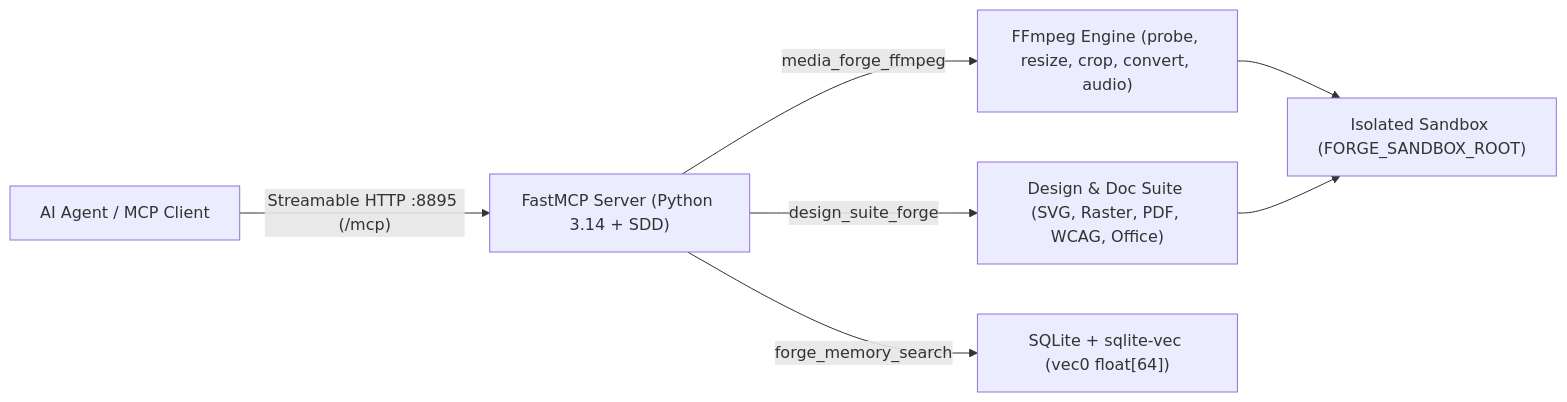
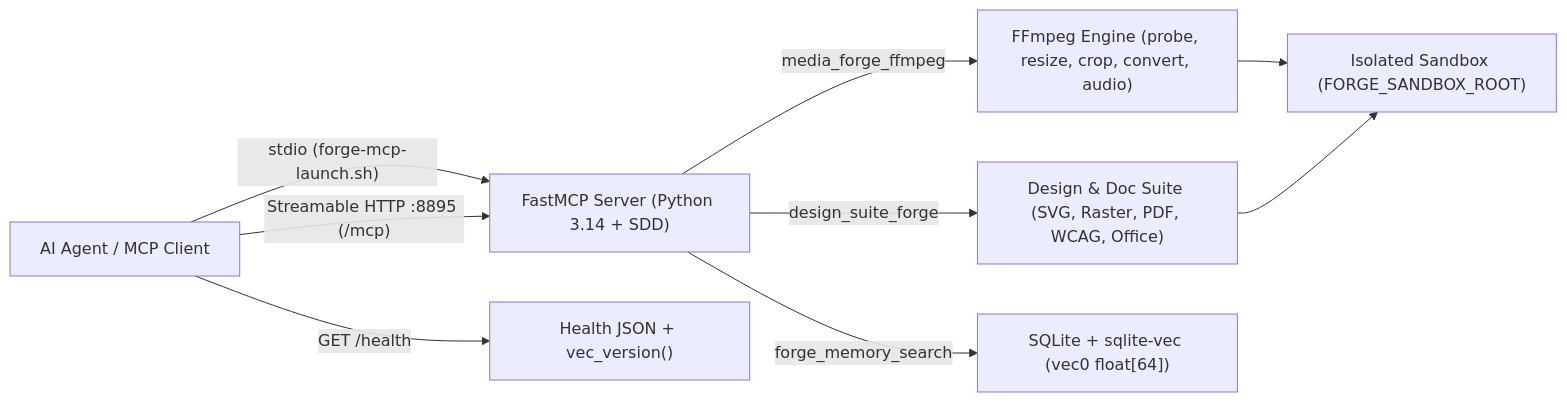
Before and after one commit to ancrz/studio-forge-mcp: the first of 3 diagrams in README.md, drawn with Mermaid. The commit also changed other lines of this file and 2 other files, not shown here.

Commit message:
docs: add Apache-2.0 license, tech stack, Mermaid graphs, and back-to-top links

````diff
--- a/README.md
+++ b/README.md
@@ -19,9 +25,11 @@
 ```mermaid
 flowchart LR
-    CLIENT["AI Agent / MCP Client"] -->|"Streamable HTTP :8895 (/mcp)"| MCP["FastMCP Server (Python 3.14 + SDD)"]
+    CLIENT["AI Agent / MCP Client"] -->|"stdio (forge-mcp-launch.sh)"| MCP["FastMCP Server (Python 3.14 + SDD)"]
+    CLIENT -->|"Streamable HTTP :8895 (/mcp)"| MCP
+    CLIENT -->|"GET /health"| HEALTH["Health JSON + vec_version()"]
     MCP -->|"media_forge_ffmpeg"| FFMPEG["FFmpeg Engine (probe, resize, crop, convert, audio)"]
     MCP -->|"design_suite_forge"| SUITE["Design & Doc Suite (SVG, Raster, PDF, WCAG, Office)"]
     MCP -->|"forge_memory_search"| VEC["SQLite + sqlite-vec (vec0 float[64])"]
     FFMPEG --> SB["Isolated Sandbox (FORGE_SANDBOX_ROOT)"]
     SUITE --> SB
 ```
````
